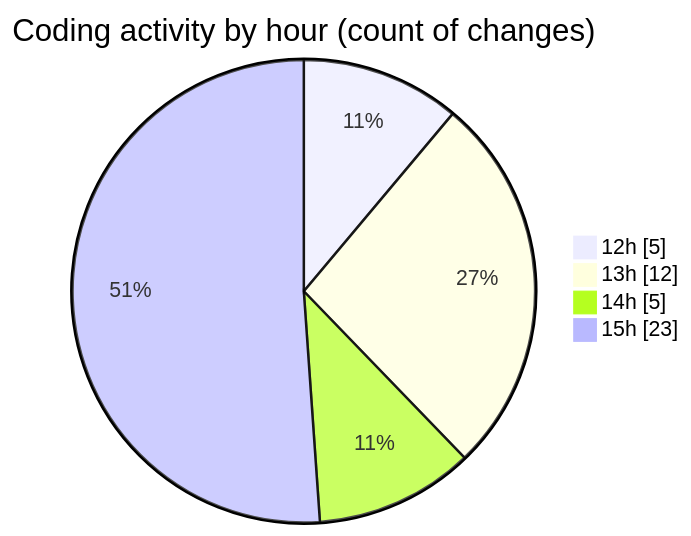
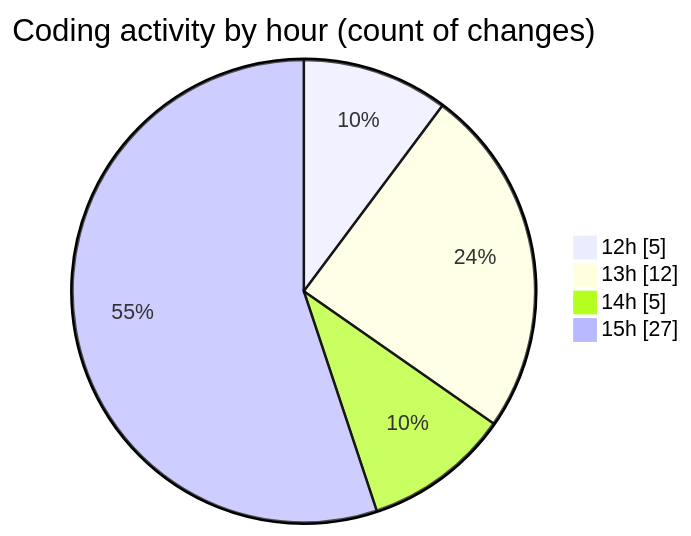
The second of 2 diagrams in 2026-04-17/airfeed-analytics-dashboard/README.md (nxtqubesakshisongat/code-tracking), drawn with Mermaid before and after one commit. The commit also changed other lines of this file and 1 other file, not shown here.

````diff
--- a/2026-04-17/airfeed-analytics-dashboard/README.md
+++ b/2026-04-17/airfeed-analytics-dashboard/README.md
@@ -36,8 +38,8 @@
 ```mermaid
 pie showData
 title Coding activity by hour (count of changes)
 "12h" : 5
 "13h" : 12
 "14h" : 5
-"15h" : 23
+"15h" : 27
 ```
````
